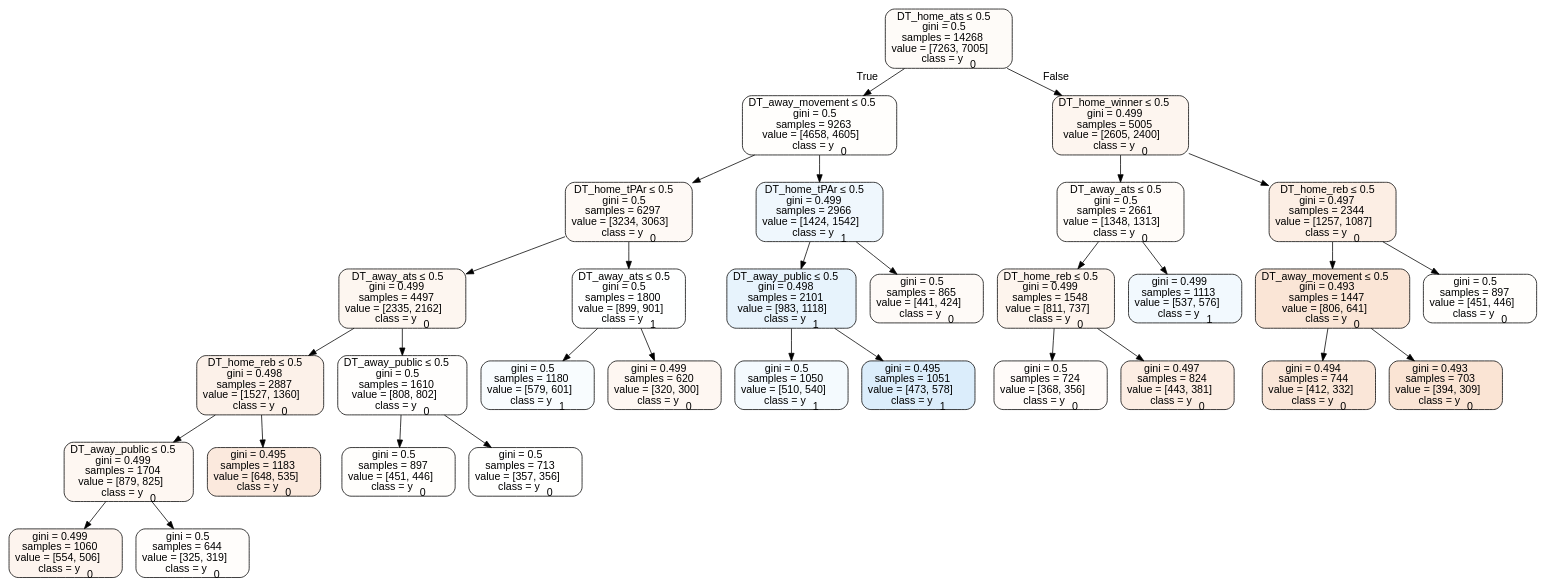
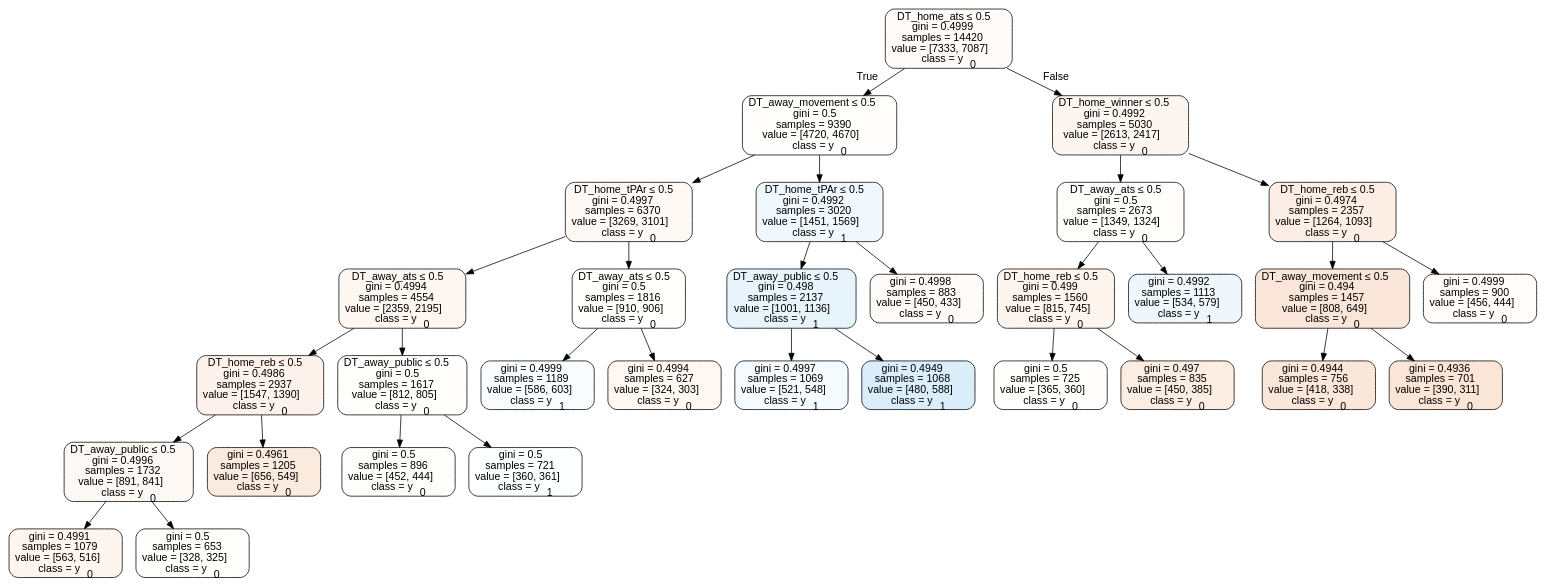
One commit to usbogie/ncaa-bets changed the diagram in Basketball/data/trees/tree2013home.dot. Above: the diagram before and after it, drawn with Graphviz. The commit also changed 47 other files, not shown here.

```diff
--- a/Basketball/data/trees/tree2013home.dot
+++ b/Basketball/data/trees/tree2013home.dot
@@ -1,65 +1,65 @@
 digraph Tree {
 node [shape=box, style="filled, rounded", color="black", fontname=helvetica] ;
 edge [fontname=helvetica] ;
-0 [label=<DT_home_ats &le; 0.5<br/>gini = 0.5<br/>samples = 14268<br/>value = [7263, 7005]<br/>class = y<SUB>0</SUB>>, fillcolor="#e5813909"] ;
-1 [label=<DT_away_movement &le; 0.5<br/>gini = 0.5<br/>samples = 9263<br/>value = [4658, 4605]<br/>class = y<SUB>0</SUB>>, fillcolor="#e5813903"] ;
+0 [label=<DT_home_ats &le; 0.5<br/>gini = 0.4999<br/>samples = 14420<br/>value = [7333, 7087]<br/>class = y<SUB>0</SUB>>, fillcolor="#e5813909"] ;
+1 [label=<DT_away_movement &le; 0.5<br/>gini = 0.5<br/>samples = 9390<br/>value = [4720, 4670]<br/>class = y<SUB>0</SUB>>, fillcolor="#e5813903"] ;
 0 -> 1 [labeldistance=2.5, labelangle=45, headlabel="True"] ;
-2 [label=<DT_home_tPAr &le; 0.5<br/>gini = 0.5<br/>samples = 6297<br/>value = [3234, 3063]<br/>class = y<SUB>0</SUB>>, fillcolor="#e581390d"] ;
+2 [label=<DT_home_tPAr &le; 0.5<br/>gini = 0.4997<br/>samples = 6370<br/>value = [3269, 3101]<br/>class = y<SUB>0</SUB>>, fillcolor="#e581390d"] ;
 1 -> 2 ;
-3 [label=<DT_away_ats &le; 0.5<br/>gini = 0.499<br/>samples = 4497<br/>value = [2335, 2162]<br/>class = y<SUB>0</SUB>>, fillcolor="#e5813913"] ;
+3 [label=<DT_away_ats &le; 0.5<br/>gini = 0.4994<br/>samples = 4554<br/>value = [2359, 2195]<br/>class = y<SUB>0</SUB>>, fillcolor="#e5813912"] ;
 2 -> 3 ;
-4 [label=<DT_home_reb &le; 0.5<br/>gini = 0.498<br/>samples = 2887<br/>value = [1527, 1360]<br/>class = y<SUB>0</SUB>>, fillcolor="#e581391c"] ;
+4 [label=<DT_home_reb &le; 0.5<br/>gini = 0.4986<br/>samples = 2937<br/>value = [1547, 1390]<br/>class = y<SUB>0</SUB>>, fillcolor="#e581391a"] ;
 3 -> 4 ;
-5 [label=<DT_away_public &le; 0.5<br/>gini = 0.499<br/>samples = 1704<br/>value = [879, 825]<br/>class = y<SUB>0</SUB>>, fillcolor="#e5813910"] ;
+5 [label=<DT_away_public &le; 0.5<br/>gini = 0.4996<br/>samples = 1732<br/>value = [891, 841]<br/>class = y<SUB>0</SUB>>, fillcolor="#e581390e"] ;
 4 -> 5 ;
-6 [label=<gini = 0.499<br/>samples = 1060<br/>value = [554, 506]<br/>class = y<SUB>0</SUB>>, fillcolor="#e5813916"] ;
+6 [label=<gini = 0.4991<br/>samples = 1079<br/>value = [563, 516]<br/>class = y<SUB>0</SUB>>, fillcolor="#e5813915"] ;
 5 -> 6 ;
-7 [label=<gini = 0.5<br/>samples = 644<br/>value = [325, 319]<br/>class = y<SUB>0</SUB>>, fillcolor="#e5813905"] ;
+7 [label=<gini = 0.5<br/>samples = 653<br/>value = [328, 325]<br/>class = y<SUB>0</SUB>>, fillcolor="#e5813902"] ;
 5 -> 7 ;
-8 [label=<gini = 0.495<br/>samples = 1183<br/>value = [648, 535]<br/>class = y<SUB>0</SUB>>, fillcolor="#e581392c"] ;
+8 [label=<gini = 0.4961<br/>samples = 1205<br/>value = [656, 549]<br/>class = y<SUB>0</SUB>>, fillcolor="#e581392a"] ;
 4 -> 8 ;
-9 [label=<DT_away_public &le; 0.5<br/>gini = 0.5<br/>samples = 1610<br/>value = [808, 802]<br/>class = y<SUB>0</SUB>>, fillcolor="#e5813902"] ;
+9 [label=<DT_away_public &le; 0.5<br/>gini = 0.5<br/>samples = 1617<br/>value = [812, 805]<br/>class = y<SUB>0</SUB>>, fillcolor="#e5813902"] ;
 3 -> 9 ;
-10 [label=<gini = 0.5<br/>samples = 897<br/>value = [451, 446]<br/>class = y<SUB>0</SUB>>, fillcolor="#e5813903"] ;
+10 [label=<gini = 0.5<br/>samples = 896<br/>value = [452, 444]<br/>class = y<SUB>0</SUB>>, fillcolor="#e5813905"] ;
 9 -> 10 ;
-11 [label=<gini = 0.5<br/>samples = 713<br/>value = [357, 356]<br/>class = y<SUB>0</SUB>>, fillcolor="#e5813901"] ;
+11 [label=<gini = 0.5<br/>samples = 721<br/>value = [360, 361]<br/>class = y<SUB>1</SUB>>, fillcolor="#399de501"] ;
 9 -> 11 ;
-12 [label=<DT_away_ats &le; 0.5<br/>gini = 0.5<br/>samples = 1800<br/>value = [899, 901]<br/>class = y<SUB>1</SUB>>, fillcolor="#399de501"] ;
+12 [label=<DT_away_ats &le; 0.5<br/>gini = 0.5<br/>samples = 1816<br/>value = [910, 906]<br/>class = y<SUB>0</SUB>>, fillcolor="#e5813901"] ;
 2 -> 12 ;
-13 [label=<gini = 0.5<br/>samples = 1180<br/>value = [579, 601]<br/>class = y<SUB>1</SUB>>, fillcolor="#399de509"] ;
+13 [label=<gini = 0.4999<br/>samples = 1189<br/>value = [586, 603]<br/>class = y<SUB>1</SUB>>, fillcolor="#399de507"] ;
 12 -> 13 ;
-14 [label=<gini = 0.499<br/>samples = 620<br/>value = [320, 300]<br/>class = y<SUB>0</SUB>>, fillcolor="#e5813910"] ;
+14 [label=<gini = 0.4994<br/>samples = 627<br/>value = [324, 303]<br/>class = y<SUB>0</SUB>>, fillcolor="#e5813911"] ;
 12 -> 14 ;
-15 [label=<DT_home_tPAr &le; 0.5<br/>gini = 0.499<br/>samples = 2966<br/>value = [1424, 1542]<br/>class = y<SUB>1</SUB>>, fillcolor="#399de514"] ;
+15 [label=<DT_home_tPAr &le; 0.5<br/>gini = 0.4992<br/>samples = 3020<br/>value = [1451, 1569]<br/>class = y<SUB>1</SUB>>, fillcolor="#399de513"] ;
 1 -> 15 ;
-16 [label=<DT_away_public &le; 0.5<br/>gini = 0.498<br/>samples = 2101<br/>value = [983, 1118]<br/>class = y<SUB>1</SUB>>, fillcolor="#399de51f"] ;
+16 [label=<DT_away_public &le; 0.5<br/>gini = 0.498<br/>samples = 2137<br/>value = [1001, 1136]<br/>class = y<SUB>1</SUB>>, fillcolor="#399de51e"] ;
 15 -> 16 ;
-17 [label=<gini = 0.5<br/>samples = 1050<br/>value = [510, 540]<br/>class = y<SUB>1</SUB>>, fillcolor="#399de50e"] ;
+17 [label=<gini = 0.4997<br/>samples = 1069<br/>value = [521, 548]<br/>class = y<SUB>1</SUB>>, fillcolor="#399de50d"] ;
 16 -> 17 ;
-18 [label=<gini = 0.495<br/>samples = 1051<br/>value = [473, 578]<br/>class = y<SUB>1</SUB>>, fillcolor="#399de52e"] ;
+18 [label=<gini = 0.4949<br/>samples = 1068<br/>value = [480, 588]<br/>class = y<SUB>1</SUB>>, fillcolor="#399de52f"] ;
 16 -> 18 ;
-19 [label=<gini = 0.5<br/>samples = 865<br/>value = [441, 424]<br/>class = y<SUB>0</SUB>>, fillcolor="#e581390a"] ;
+19 [label=<gini = 0.4998<br/>samples = 883<br/>value = [450, 433]<br/>class = y<SUB>0</SUB>>, fillcolor="#e581390a"] ;
 15 -> 19 ;
-20 [label=<DT_home_winner &le; 0.5<br/>gini = 0.499<br/>samples = 5005<br/>value = [2605, 2400]<br/>class = y<SUB>0</SUB>>, fillcolor="#e5813914"] ;
+20 [label=<DT_home_winner &le; 0.5<br/>gini = 0.4992<br/>samples = 5030<br/>value = [2613, 2417]<br/>class = y<SUB>0</SUB>>, fillcolor="#e5813913"] ;
 0 -> 20 [labeldistance=2.5, labelangle=-45, headlabel="False"] ;
-21 [label=<DT_away_ats &le; 0.5<br/>gini = 0.5<br/>samples = 2661<br/>value = [1348, 1313]<br/>class = y<SUB>0</SUB>>, fillcolor="#e5813907"] ;
+21 [label=<DT_away_ats &le; 0.5<br/>gini = 0.5<br/>samples = 2673<br/>value = [1349, 1324]<br/>class = y<SUB>0</SUB>>, fillcolor="#e5813905"] ;
 20 -> 21 ;
-22 [label=<DT_home_reb &le; 0.5<br/>gini = 0.499<br/>samples = 1548<br/>value = [811, 737]<br/>class = y<SUB>0</SUB>>, fillcolor="#e5813917"] ;
+22 [label=<DT_home_reb &le; 0.5<br/>gini = 0.499<br/>samples = 1560<br/>value = [815, 745]<br/>class = y<SUB>0</SUB>>, fillcolor="#e5813916"] ;
 21 -> 22 ;
-23 [label=<gini = 0.5<br/>samples = 724<br/>value = [368, 356]<br/>class = y<SUB>0</SUB>>, fillcolor="#e5813908"] ;
+23 [label=<gini = 0.5<br/>samples = 725<br/>value = [365, 360]<br/>class = y<SUB>0</SUB>>, fillcolor="#e5813903"] ;
 22 -> 23 ;
-24 [label=<gini = 0.497<br/>samples = 824<br/>value = [443, 381]<br/>class = y<SUB>0</SUB>>, fillcolor="#e5813924"] ;
+24 [label=<gini = 0.497<br/>samples = 835<br/>value = [450, 385]<br/>class = y<SUB>0</SUB>>, fillcolor="#e5813925"] ;
 22 -> 24 ;
-25 [label=<gini = 0.499<br/>samples = 1113<br/>value = [537, 576]<br/>class = y<SUB>1</SUB>>, fillcolor="#399de511"] ;
+25 [label=<gini = 0.4992<br/>samples = 1113<br/>value = [534, 579]<br/>class = y<SUB>1</SUB>>, fillcolor="#399de514"] ;
 21 -> 25 ;
-26 [label=<DT_home_reb &le; 0.5<br/>gini = 0.497<br/>samples = 2344<br/>value = [1257, 1087]<br/>class = y<SUB>0</SUB>>, fillcolor="#e5813922"] ;
+26 [label=<DT_home_reb &le; 0.5<br/>gini = 0.4974<br/>samples = 2357<br/>value = [1264, 1093]<br/>class = y<SUB>0</SUB>>, fillcolor="#e5813922"] ;
 20 -> 26 ;
-27 [label=<DT_away_movement &le; 0.5<br/>gini = 0.493<br/>samples = 1447<br/>value = [806, 641]<br/>class = y<SUB>0</SUB>>, fillcolor="#e5813934"] ;
+27 [label=<DT_away_movement &le; 0.5<br/>gini = 0.494<br/>samples = 1457<br/>value = [808, 649]<br/>class = y<SUB>0</SUB>>, fillcolor="#e5813932"] ;
 26 -> 27 ;
-28 [label=<gini = 0.494<br/>samples = 744<br/>value = [412, 332]<br/>class = y<SUB>0</SUB>>, fillcolor="#e5813932"] ;
+28 [label=<gini = 0.4944<br/>samples = 756<br/>value = [418, 338]<br/>class = y<SUB>0</SUB>>, fillcolor="#e5813931"] ;
 27 -> 28 ;
-29 [label=<gini = 0.493<br/>samples = 703<br/>value = [394, 309]<br/>class = y<SUB>0</SUB>>, fillcolor="#e5813937"] ;
+29 [label=<gini = 0.4936<br/>samples = 701<br/>value = [390, 311]<br/>class = y<SUB>0</SUB>>, fillcolor="#e5813934"] ;
 27 -> 29 ;
-30 [label=<gini = 0.5<br/>samples = 897<br/>value = [451, 446]<br/>class = y<SUB>0</SUB>>, fillcolor="#e5813903"] ;
+30 [label=<gini = 0.4999<br/>samples = 900<br/>value = [456, 444]<br/>class = y<SUB>0</SUB>>, fillcolor="#e5813907"] ;
 26 -> 30 ;
 }
```
